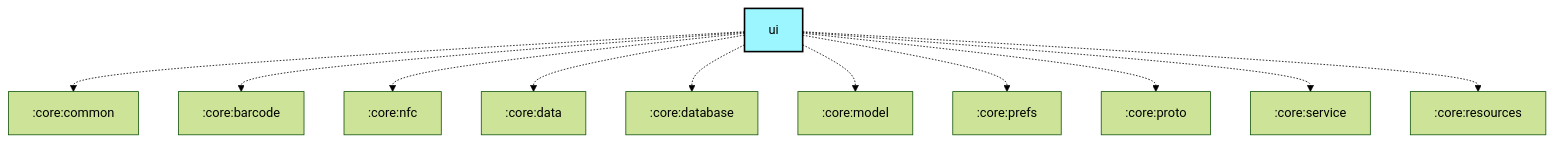
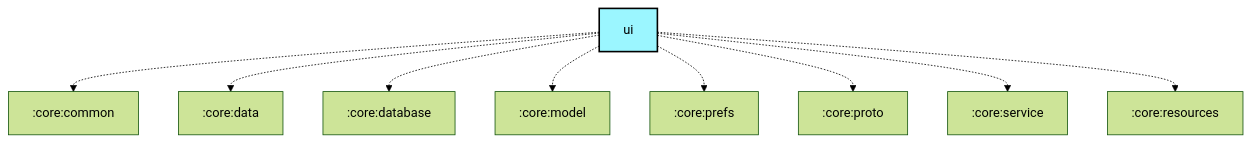
Before and after one commit to meshtastic/Meshtastic-Android: the diagram in core/ui/README.md, drawn with Mermaid (forest theme). The commit also changed 6 other files, not shown here.

Commit message:
chore: Scheduled updates (Firmware, Hardware, Translations, Graphs) (#4739)

````diff
--- a/core/ui/README.md
+++ b/core/ui/README.md
@@ -50,25 +50,23 @@
 ```mermaid
 graph TB
   :core:ui[ui]:::android-library
   :core:ui -.-> :core:common
-  :core:ui -.-> :core:barcode
-  :core:ui -.-> :core:nfc
   :core:ui -.-> :core:data
   :core:ui -.-> :core:database
   :core:ui -.-> :core:model
   :core:ui -.-> :core:prefs
   :core:ui -.-> :core:proto
   :core:ui -.-> :core:service
   :core:ui -.-> :core:resources
 
 classDef android-application fill:#CAFFBF,stroke:#000,stroke-width:2px,color:#000;
 classDef android-application-compose fill:#CAFFBF,stroke:#000,stroke-width:2px,color:#000;
 classDef android-feature fill:#FFD6A5,stroke:#000,stroke-width:2px,color:#000;
 classDef android-library fill:#9BF6FF,stroke:#000,stroke-width:2px,color:#000;
 classDef android-library-compose fill:#9BF6FF,stroke:#000,stroke-width:2px,color:#000;
 classDef android-test fill:#A0C4FF,stroke:#000,stroke-width:2px,color:#000;
 classDef jvm-library fill:#BDB2FF,stroke:#000,stroke-width:2px,color:#000;
 classDef kmp-library fill:#FFC1CC,stroke:#000,stroke-width:2px,color:#000;
 classDef unknown fill:#FFADAD,stroke:#000,stroke-width:2px,color:#000;
 
 ```
````
